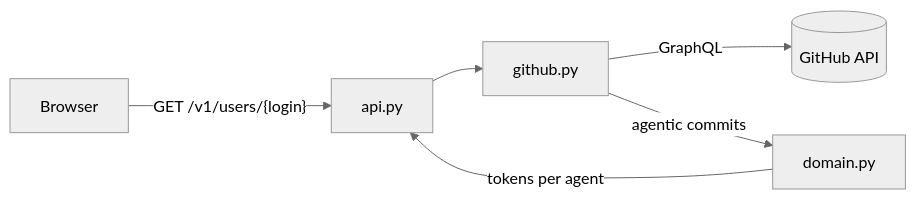
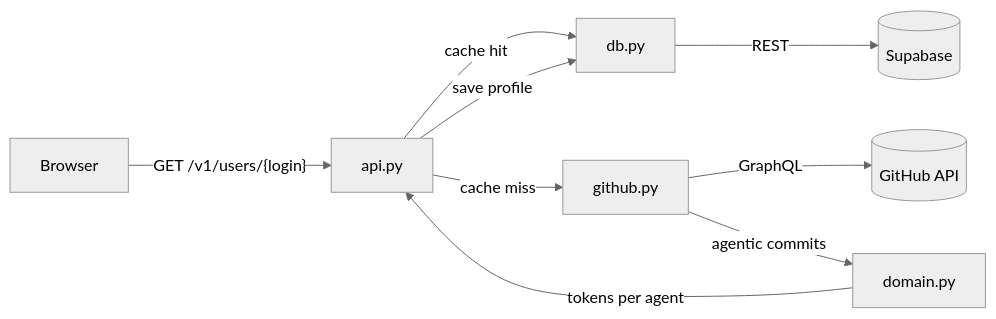
One commit to Lluc24/GitToken changed the diagram in README.md. Above: the diagram before and after it, drawn with Mermaid (neutral theme). The commit also changed other lines of this file, not shown here.

First line of the commit message:
docs(readme): reflect the cache and current roadmap (#44)

````diff
--- a/README.md
+++ b/README.md
@@ -13,8 +13,11 @@
 ```mermaid
 flowchart LR
     Browser -->|"GET /v1/users/{login}"| api[api.py]
-    api --> github[github.py]
+    api -->|cache hit| db[db.py]
+    db -->|REST| Supabase[(Supabase)]
+    api -->|cache miss| github[github.py]
     github -->|GraphQL| GitHub[(GitHub API)]
     github -->|agentic commits| domain[domain.py]
     domain -->|tokens per agent| api
+    api -->|save profile| db
 ```
````
